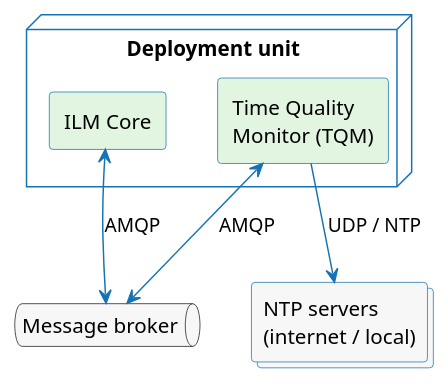
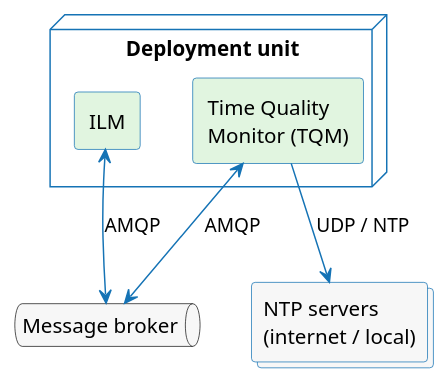
One commit to CZERTAINLY/CZERTAINLY-Documentation changed the first of 3 diagrams in docs/signing/timestamping/time-quality-monitor.md. Above: the diagram before and after it, drawn with PlantUML. The commit also changed other lines of this file and 25 other files, not shown here.

````diff
--- a/docs/signing/timestamping/time-quality-monitor.md
+++ b/docs/signing/timestamping/time-quality-monitor.md
@@ -17,22 +22,22 @@
 ```plantuml
 @startuml
 skinparam ArrowColor #1573B5
 skinparam ComponentBorderColor #1573B5
 skinparam CollectionsBorderColor #1573B5
 skinparam NodeBorderColor #1573B5
 skinparam defaultFontName sans-serif
 skinparam componentStyle rectangle
 skinparam shadowing false
 
 node "Deployment unit" {
-  component "ILM Core" as Core #E1F5E0
+  component "ILM" as ILM #E1F5E0
   component "Time Quality\nMonitor (TQM)" as TQM #E1F5E0
 }
 queue "Message broker" as Broker #F7F7F7
 collections "NTP servers\n(internet / local)" as NTP #F7F7F7
 
-Core <-[#1573B5]-> Broker : AMQP
+ILM <-[#1573B5]-> Broker : AMQP
 TQM <-[#1573B5]-> Broker : AMQP
 TQM -[#1573B5]-> NTP : UDP / NTP
 @enduml
 ```
````
